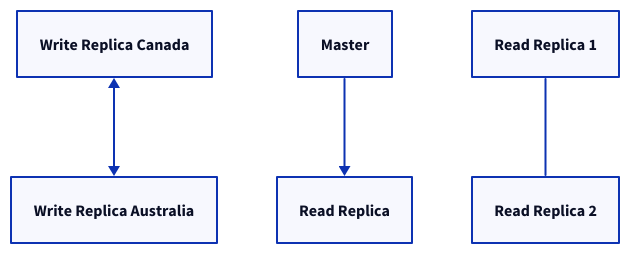
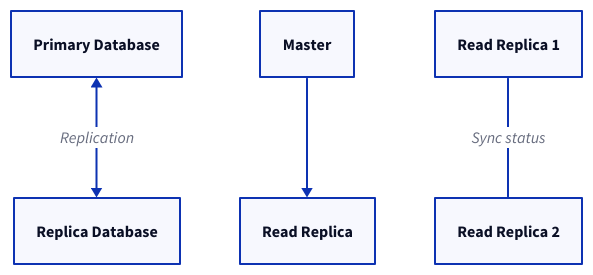
Before and after one commit to alexkrauss/diagram-agent: the first of 4 diagrams in src/agent/context/connections.md, drawn with D2. The commit also changed other lines of this file and 4 other files, not shown here.

````diff
--- a/src/agent/context/connections.md
+++ b/src/agent/context/connections.md
@@ -7,7 +12,10 @@
 ```d2
-Write Replica Canada <-> Write Replica Australia
+# Bidirectional: arrows on both ends (e.g., mutual sync, replication)
+Primary Database <-> Replica Database: Replication
 
+# Directed: one-way arrow
 Read Replica <- Master
 
-Read Replica 1 -- Read Replica 2
+# Undirected: no arrows (association, no direction implied)
+Read Replica 1 -- Read Replica 2: Sync status
 ```
````
